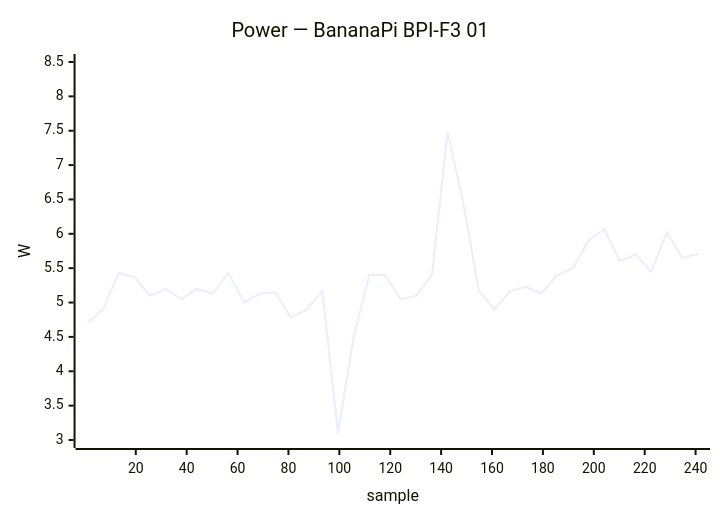
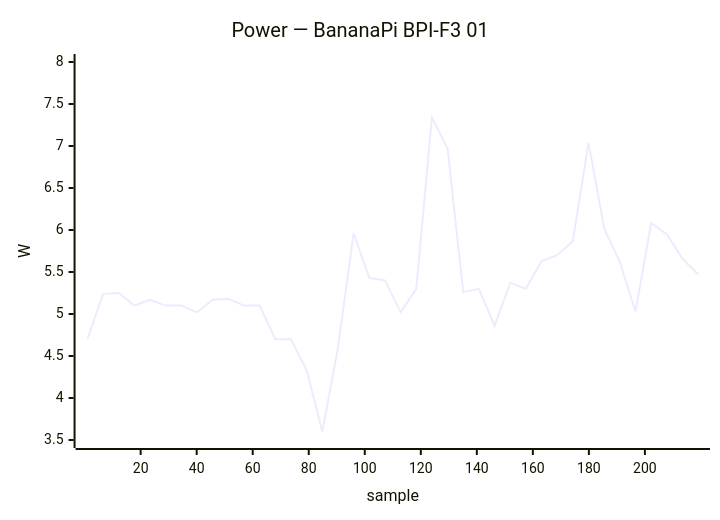
One commit to armbian/documentation changed the first of 39 diagrams in docs/status/board-tests.md. Above: the diagram before and after it, drawn with Mermaid. The commit also changed other lines of this file, not shown here.

````diff
--- a/docs/status/board-tests.md
+++ b/docs/status/board-tests.md
@@ -35,7 +35,7 @@
 ```mermaid
 xychart-beta
     title "Power — BananaPi BPI-F3 01"
-    x-axis "sample" 1 --> 241
-    y-axis "W" 3.0 --> 8.5
-    line [4.70, 4.90, 5.43, 5.37, 5.10, 5.20, 5.05, 5.20, 5.13, 5.43, 5.00, 5.13, 5.15, 4.78, 4.90, 5.17, 3.10, 4.50, 5.40, 5.40, 5.05, 5.10, 5.40, 7.48, 6.45, 5.17, 4.90, 5.17, 5.23, 5.13, 5.40, 5.50, 5.90, 6.07, 5.60, 5.70, 5.45, 6.02, 5.65, 5.71]
+    x-axis "sample" 1 --> 219
+    y-axis "W" 3.5 --> 8.0
+    line [4.70, 5.24, 5.25, 5.10, 5.17, 5.10, 5.10, 5.02, 5.17, 5.18, 5.10, 5.10, 4.70, 4.70, 4.33, 3.60, 4.60, 5.96, 5.43, 5.40, 5.02, 5.30, 7.34, 6.97, 5.26, 5.30, 4.86, 5.37, 5.30, 5.63, 5.70, 5.87, 7.04, 6.02, 5.62, 5.03, 6.08, 5.95, 5.66, 5.47]
 ```
````
